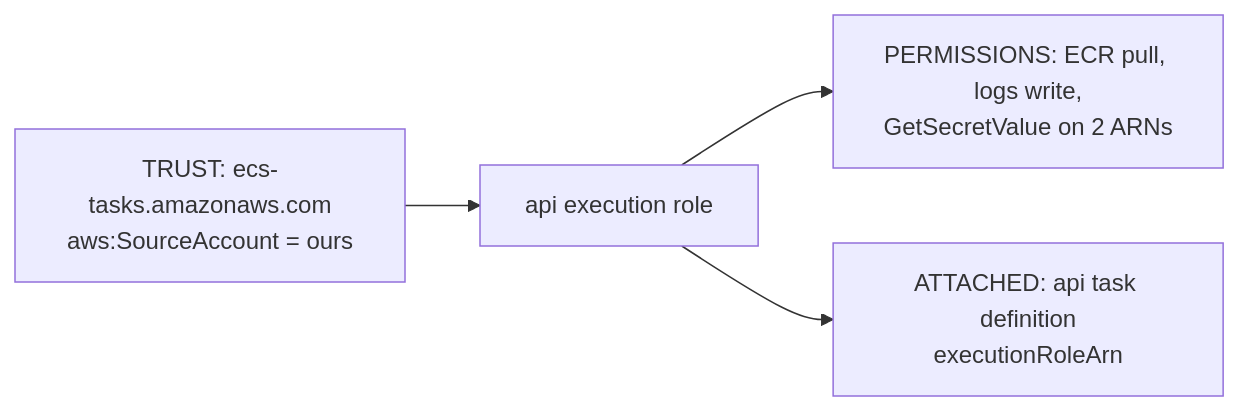
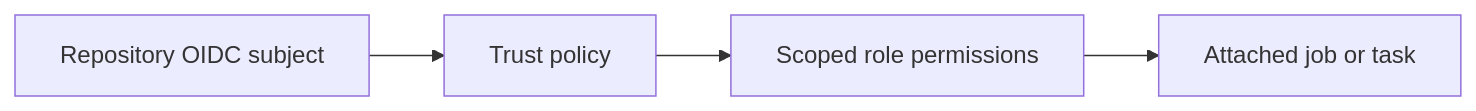
One commit to maheshnd/minitickets changed the diagram in docs/handbook/concepts/execution-vs-task-role.md. Above: the diagram before and after it, drawn with Mermaid. The commit also changed other lines of this file and 182 other files, not shown here.

````diff
--- a/docs/handbook/concepts/execution-vs-task-role.md
+++ b/docs/handbook/concepts/execution-vs-task-role.md
@@ -23,6 +17,7 @@
 ```mermaid
 flowchart LR
-    t1["TRUST: ecs-tasks.amazonaws.com<br/>aws:SourceAccount = ours"] --> r1["api execution role"]
-    r1 --> p1["PERMISSIONS: ECR pull, logs write,<br/>GetSecretValue on 2 ARNs"]
-    r1 --> a1["ATTACHED: api task definition<br/>executionRoleArn"]
+    n0["Repository OIDC subject"] --> n1
+    n1["Trust policy"] --> n2
+    n2["Scoped role permissions"] --> n3
+    n3["Attached job or task"]
 ```
````
